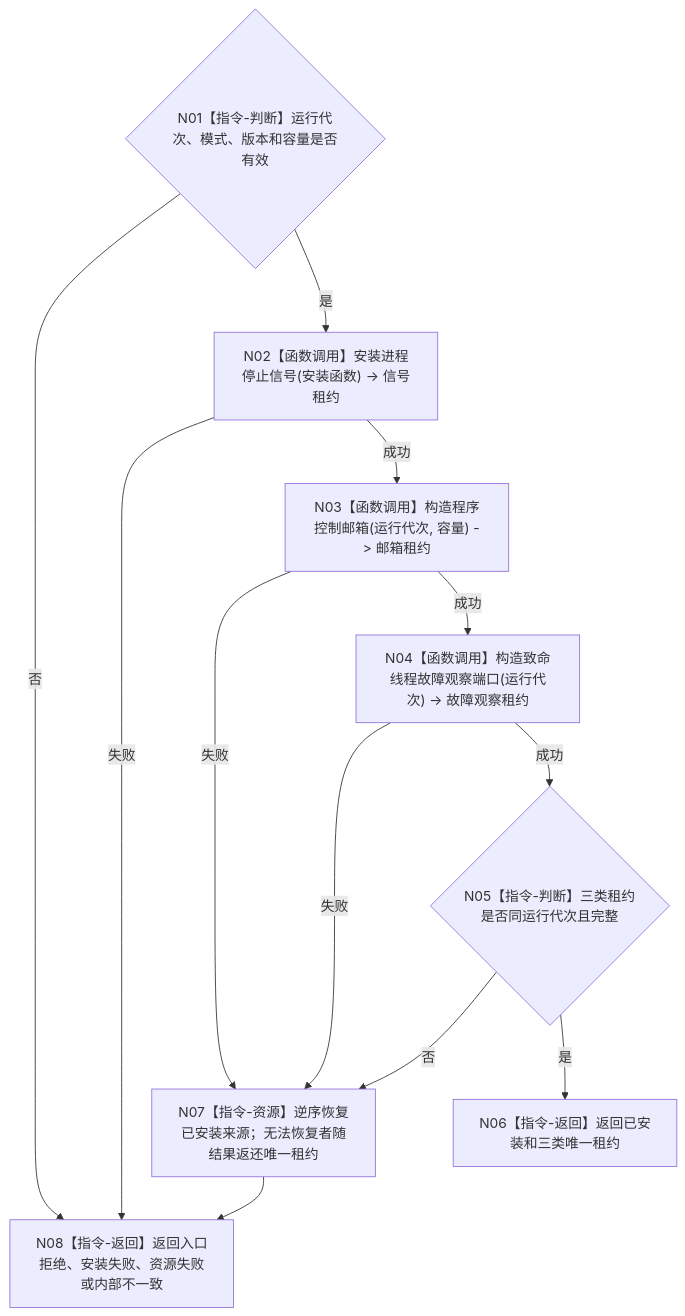
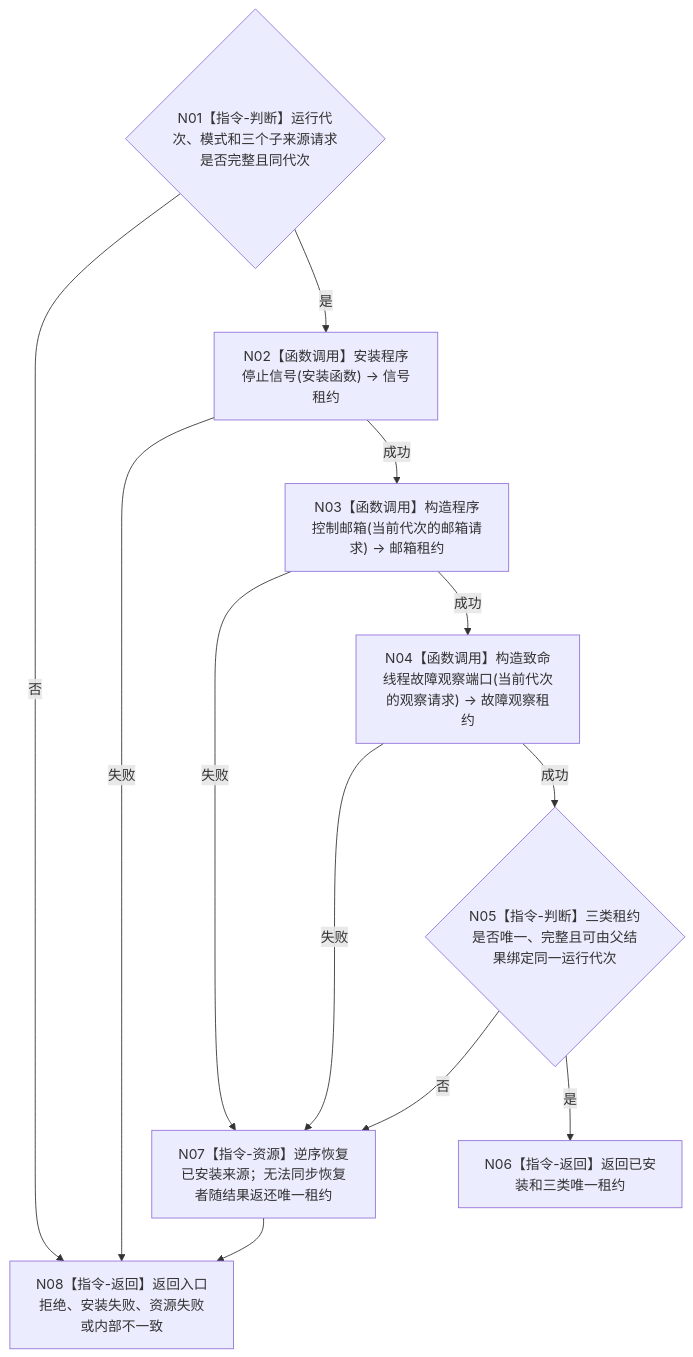
The diagram in 流程图/目标业务流程图/L2/BIZ-L2-001-02_安装程序停止来源_目标函数流程图_v0.2.md (chunhaizh-cyber/HY-Ego), drawn with Mermaid before and after one commit. The commit also changed other lines of this file and 12 other files, not shown here.

````diff
--- a/流程图/目标业务流程图/L2/BIZ-L2-001-02_安装程序停止来源_目标函数流程图_v0.2.md
+++ b/流程图/目标业务流程图/L2/BIZ-L2-001-02_安装程序停止来源_目标函数流程图_v0.2.md
@@ -29,23 +35,23 @@
 ```mermaid
 flowchart TD
-    N01{"N01【指令-判断】运行代次、模式、版本和容量是否有效"}
-    N02["N02【函数调用】安装进程停止信号(安装函数) -> 信号租约"]
-    N03["N03【函数调用】构造程序控制邮箱(运行代次, 容量) -> 邮箱租约"]
-    N04["N04【函数调用】构造致命线程故障观察端口(运行代次) -> 故障观察租约"]
-    N05{"N05【指令-判断】三类租约是否同运行代次且完整"}
+    N01{"N01【指令-判断】运行代次、模式和三个子来源请求是否完整且同代次"}
+    N02["N02【函数调用】安装程序停止信号(安装函数) -> 信号租约"]
+    N03["N03【函数调用】构造程序控制邮箱(当前代次的邮箱请求) -> 邮箱租约"]
+    N04["N04【函数调用】构造致命线程故障观察端口(当前代次的观察请求) -> 故障观察租约"]
+    N05{"N05【指令-判断】三类租约是否唯一、完整且可由父结果绑定同一运行代次"}
     N06["N06【指令-返回】返回已安装和三类唯一租约"]
-    N07["N07【指令-资源】逆序恢复已安装来源；无法恢复者随结果返还唯一租约"]
+    N07["N07【指令-资源】逆序恢复已安装来源；无法同步恢复者随结果返还唯一租约"]
     N08["N08【指令-返回】返回入口拒绝、安装失败、资源失败或内部不一致"]
 
     N01 -->|否| N08
     N01 -->|是| N02
     N02 -->|失败| N08
     N02 -->|成功| N03
     N03 -->|失败| N07
     N03 -->|成功| N04
     N04 -->|失败| N07
     N04 -->|成功| N05
     N05 -->|否| N07
     N05 -->|是| N06
     N07 --> N08
 ```
````
